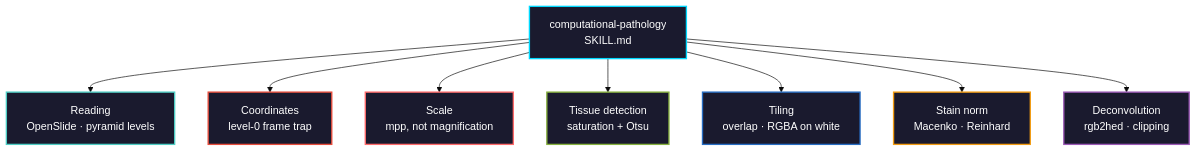
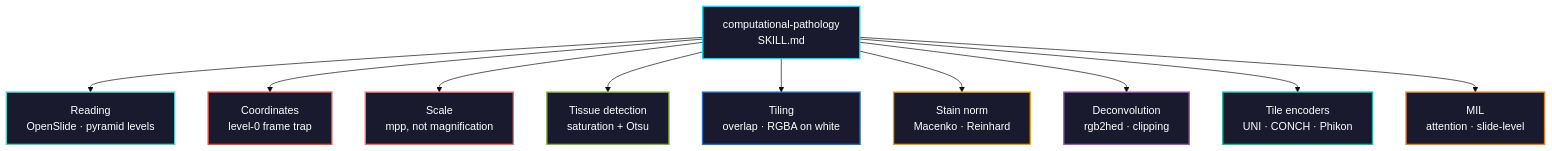
One commit to zamushwani/biomedical-ai-skills changed the diagram in skills/computational-pathology/README.md. Above: the diagram before and after it, drawn with Mermaid (base theme). The commit also changed other lines of this file and 6 other files, not shown here.

````diff
--- a/skills/computational-pathology/README.md
+++ b/skills/computational-pathology/README.md
@@ -7,18 +7,22 @@
 ```mermaid
 graph TD
     A["computational-pathology<br>SKILL.md"] --> B["Reading<br>OpenSlide · pyramid levels"]
     A --> C["Coordinates<br>level-0 frame trap"]
     A --> D["Scale<br>mpp, not magnification"]
     A --> E["Tissue detection<br>saturation + Otsu"]
     A --> F["Tiling<br>overlap · RGBA on white"]
     A --> G["Stain norm<br>Macenko · Reinhard"]
     A --> H["Deconvolution<br>rgb2hed · clipping"]
+    A --> I["Tile encoders<br>UNI · CONCH · Phikon"]
+    A --> J["MIL<br>attention · slide-level"]
     style A fill:#1a1a2e,stroke:#00d9ff,color:#fff,stroke-width:2px
     style B fill:#1a1a2e,stroke:#4ecdc4,color:#fff,stroke-width:2px
     style C fill:#1a1a2e,stroke:#e84d3c,color:#fff,stroke-width:2px
     style D fill:#1a1a2e,stroke:#ff6b6b,color:#fff,stroke-width:2px
     style E fill:#1a1a2e,stroke:#87b13f,color:#fff,stroke-width:2px
     style F fill:#1a1a2e,stroke:#276DC3,color:#fff,stroke-width:2px
     style G fill:#1a1a2e,stroke:#f39c12,color:#fff,stroke-width:2px
     style H fill:#1a1a2e,stroke:#9b59b6,color:#fff,stroke-width:2px
+    style I fill:#1a1a2e,stroke:#1abc9c,color:#fff,stroke-width:2px
+    style J fill:#1a1a2e,stroke:#e67e22,color:#fff,stroke-width:2px
 ```
````
